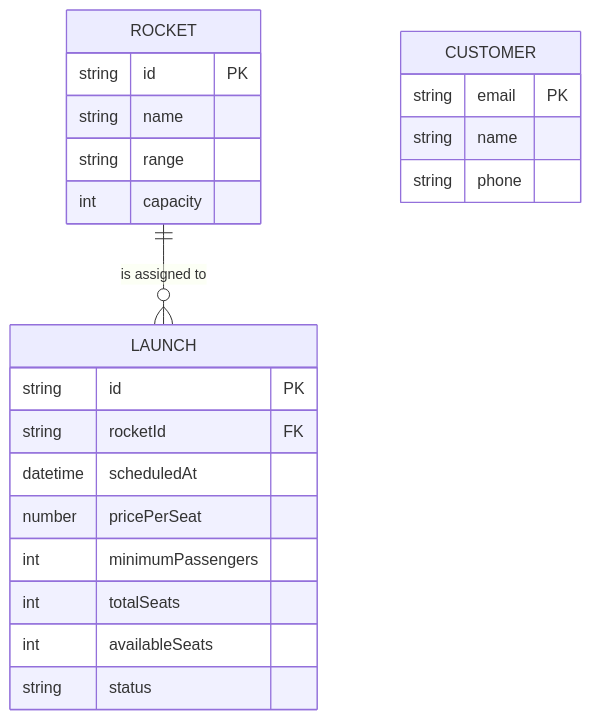
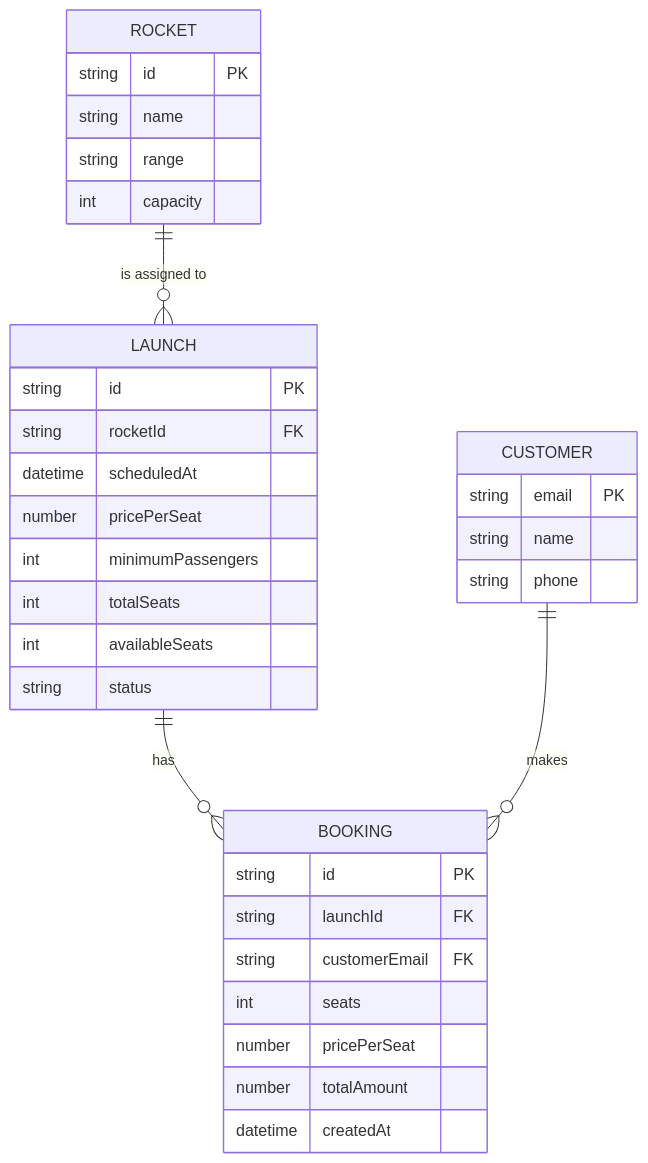
Before and after one commit to jguijarro11/trainingit-astro-bookings: the diagram in .agents/ERM.md, drawn with Mermaid. The commit also changed other lines of this file and 13 other files, not shown here.

First line of the commit message:
feat: implement seat booking feature with customers and bookings modules

````diff
--- a/.agents/ERM.md
+++ b/.agents/ERM.md
@@ -35,28 +48,40 @@
 ```mermaid
 erDiagram
     ROCKET {
         string id PK
         string name
         string range
         int capacity
     }
 
     LAUNCH {
         string id PK
         string rocketId FK
         datetime scheduledAt
         number pricePerSeat
         int minimumPassengers
         int totalSeats
         int availableSeats
         string status
     }
 
     CUSTOMER {
         string email PK
         string name
         string phone
     }
 
+    BOOKING {
+        string id PK
+        string launchId FK
+        string customerEmail FK
+        int seats
+        number pricePerSeat
+        number totalAmount
+        datetime createdAt
+    }
+
     ROCKET ||--o{ LAUNCH : "is assigned to"
+    LAUNCH ||--o{ BOOKING : "has"
+    CUSTOMER ||--o{ BOOKING : "makes"
 ```
````
